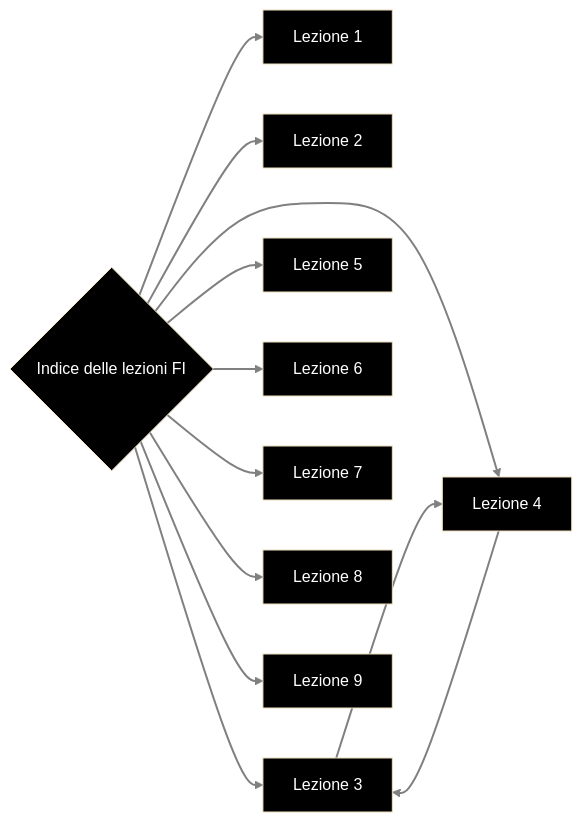
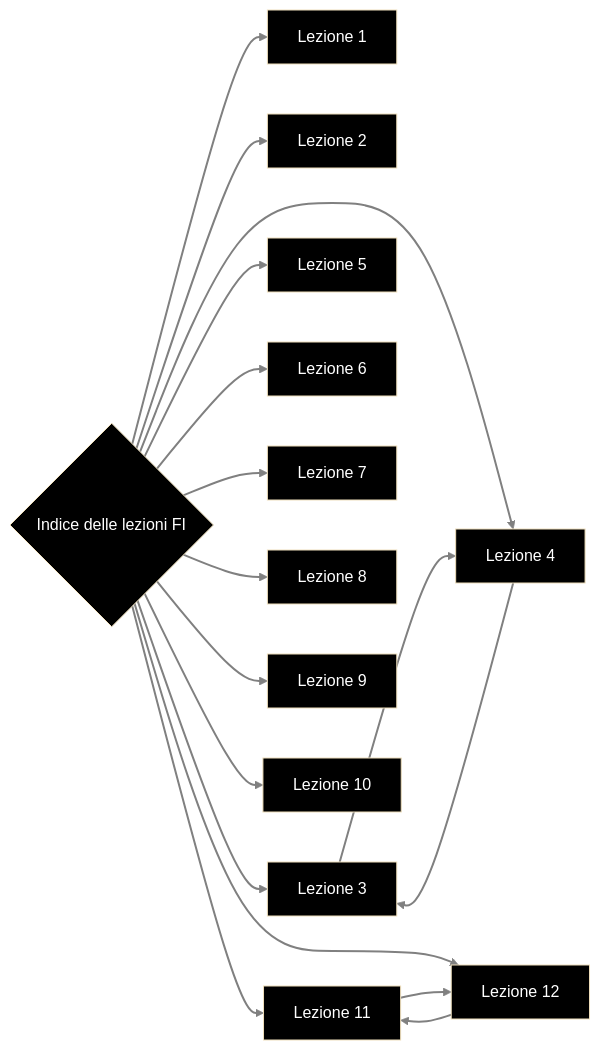
The diagram in Secondo anno/Appunti FI/MOD I/Indice delle lezioni FI.md (Levvonci/II_Anno_Informatica), drawn with Mermaid (base theme) before and after one commit. The commit also changed other lines of this file and 42 other files, not shown here.

````diff
--- a/Secondo anno/Appunti FI/MOD I/Indice delle lezioni FI.md
+++ b/Secondo anno/Appunti FI/MOD I/Indice delle lezioni FI.md
@@ -21,29 +22,37 @@
 ```mermaid
 graph LR
 	A{Indice delle lezioni FI}
 	B[Lezione 1]
 	C[Lezione 2]
 	D[Lezione 3]
 	E[Lezione 4]
 	F[Lezione 5]
 	G[Lezione 6]
 	H[Lezione 7]
 	I[Lezione 8]
 	J[Lezione 9]
-
+	K[Lezione 10]
+	L[Lezione 11]
+	M[Lezione 12]
+	
 	linkStyle default stroke-width:2px,fill:none,stroke:grey,color:red
 	
 	style A fill:black, color:#fff
 	style B fill:black, color:#fff
 	style C fill:black, color:#fff
 	style D fill:black, color:#fff
 	style E fill:black, color:#fff
 	style F fill:black, color:#fff
 	style G fill:black, color:#fff
 	style H fill:black, color:#fff
 	style I fill:black, color:#fff
 	style J fill:black, color:#fff
-	A-->B & C & D & E & F & G & H & I & J
+	style K fill:black, color:#fff
+	style L fill:black, color:#fff
+	style M fill:black, color:#fff
+	A-->B & C & D & E & F & G & H & I & J & K & L & M
 	D-->E
 	E-->D
+	M-->L
+	L-->M
 ```
````
